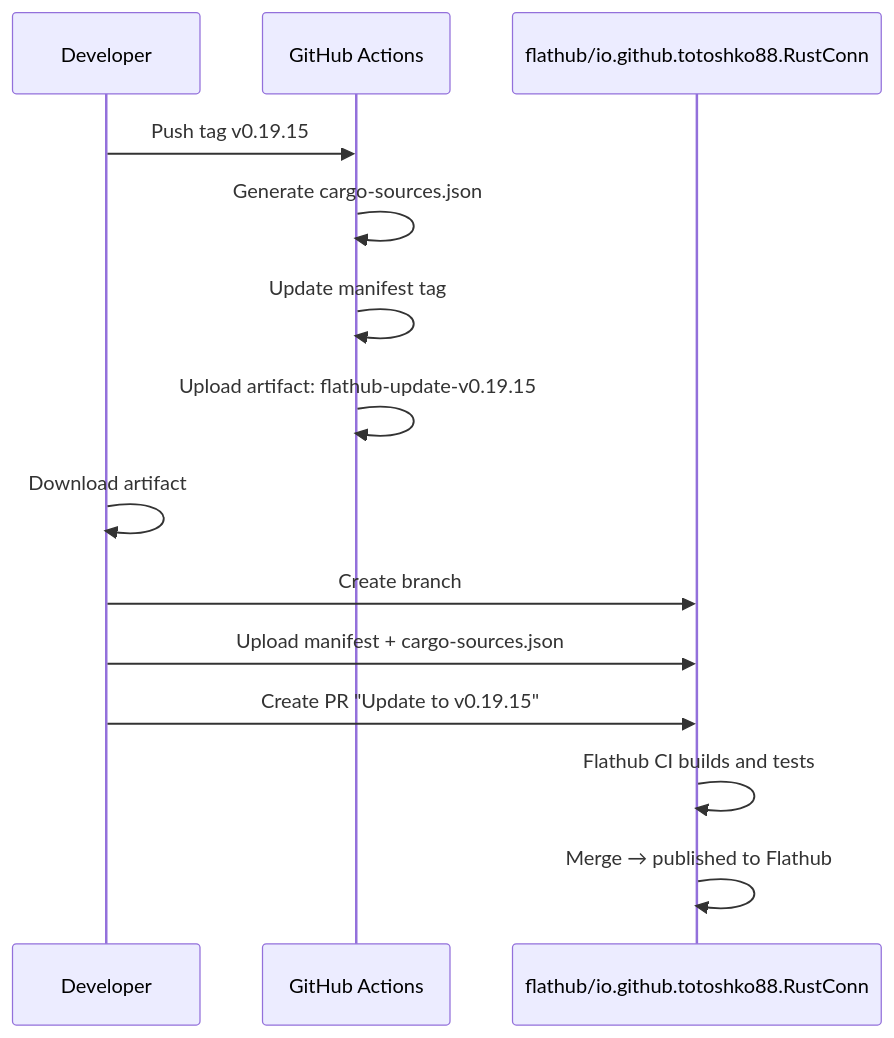
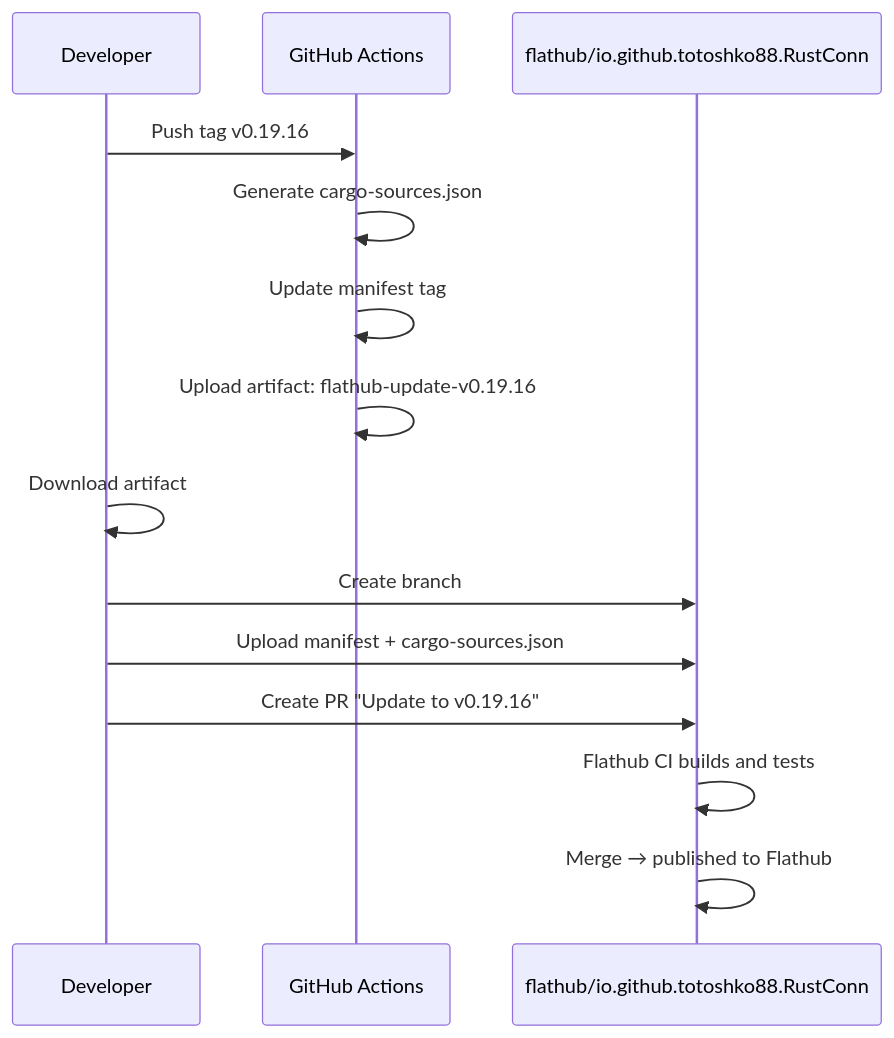
The sixth of 6 diagrams in docs/CI_BUILD_FLOW.md (philclifford/RustConn), drawn with Mermaid before and after one commit. The commit also changed other lines of this file and 27 other files, not shown here.

````diff
--- a/docs/CI_BUILD_FLOW.md
+++ b/docs/CI_BUILD_FLOW.md
@@ -255,18 +255,18 @@
 ```mermaid
 sequenceDiagram
     participant Dev as Developer
     participant GH as GitHub Actions
     participant FH as flathub/io.github.totoshko88.RustConn
 
-    Dev->>GH: Push tag v0.19.15
+    Dev->>GH: Push tag v0.19.16
     GH->>GH: Generate cargo-sources.json
     GH->>GH: Update manifest tag
-    GH->>GH: Upload artifact: flathub-update-v0.19.15
+    GH->>GH: Upload artifact: flathub-update-v0.19.16
 
     Dev->>Dev: Download artifact
     Dev->>FH: Create branch
     Dev->>FH: Upload manifest + cargo-sources.json
-    Dev->>FH: Create PR "Update to v0.19.15"
+    Dev->>FH: Create PR "Update to v0.19.16"
     FH->>FH: Flathub CI builds and tests
     FH->>FH: Merge → published to Flathub
 ```
````
